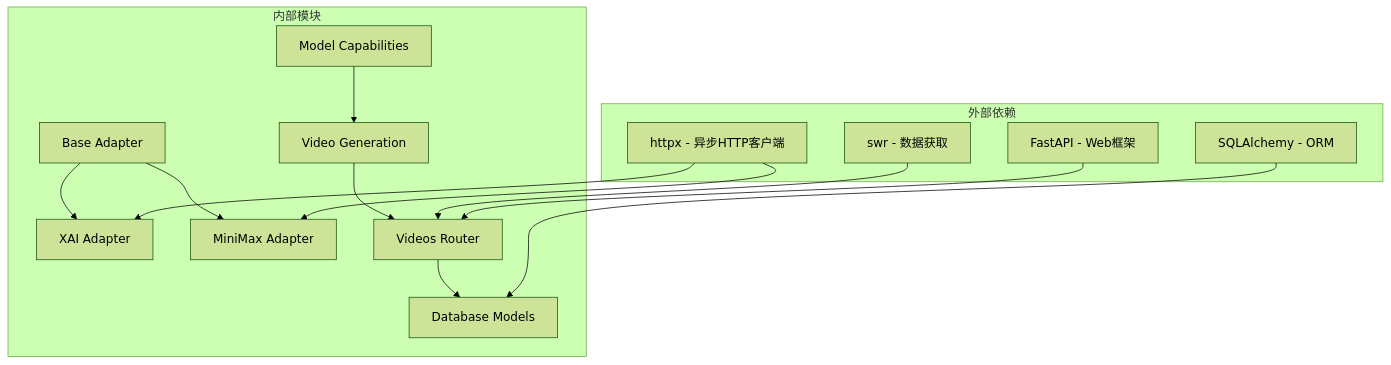
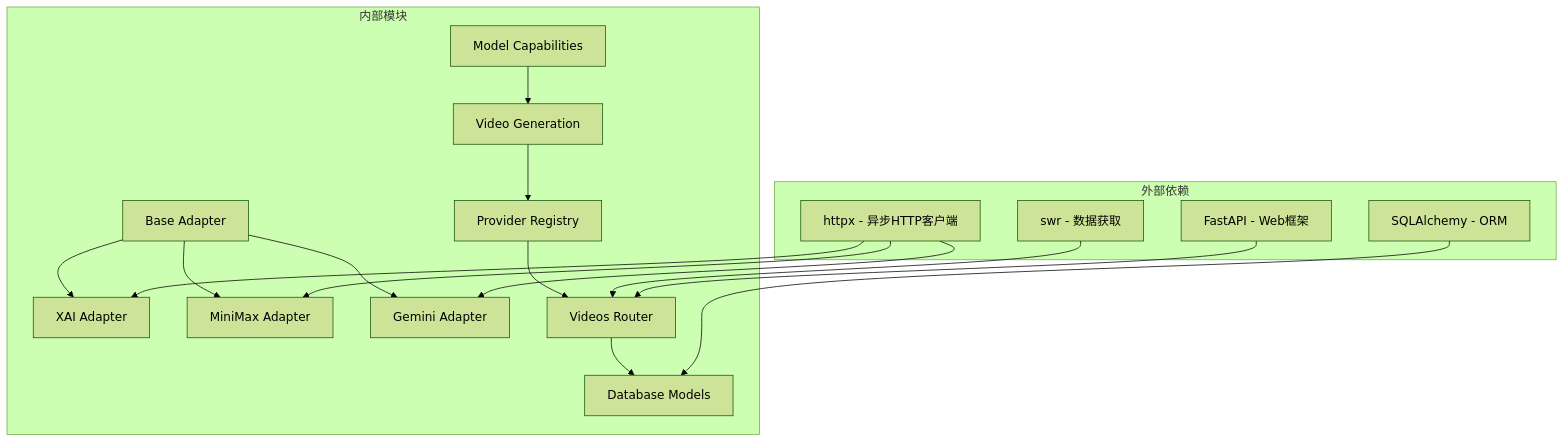
Before and after one commit to KunLabAI/KunFlix: the seventh of 7 diagrams in .qoder/repowiki/zh/content/后端开发指南/多提供商视频模型集成.md, drawn with Mermaid (forest theme). The commit also changed other lines of this file and 11 other files, not shown here.

````diff
--- a/.qoder/repowiki/zh/content/后端开发指南/多提供商视频模型集成.md
+++ b/.qoder/repowiki/zh/content/后端开发指南/多提供商视频模型集成.md
@@ -269,28 +327,33 @@
 ```mermaid
 graph TB
 subgraph "外部依赖"
 HTTPX[httpx - 异步HTTP客户端]
 FastAPI[FastAPI - Web框架]
 SQLAlch[SQLAlchemy - ORM]
 SWR[swr - 数据获取]
 end
 subgraph "内部模块"
 Base[Base Adapter]
 XAI[XAI Adapter]
 MiniMax[MiniMax Adapter]
+Gemini[Gemini Adapter]
 Capabilities[Model Capabilities]
 VideoGen[Video Generation]
 Router[Videos Router]
 Models[Database Models]
+Registry[Provider Registry]
 end
 HTTPX --> XAI
 HTTPX --> MiniMax
+HTTPX --> Gemini
 FastAPI --> Router
 SQLAlch --> Models
 SWR --> Router
 Base --> XAI
 Base --> MiniMax
+Base --> Gemini
 Capabilities --> VideoGen
-VideoGen --> Router
+VideoGen --> Registry
+Registry --> Router
 Router --> Models
 ```
````
